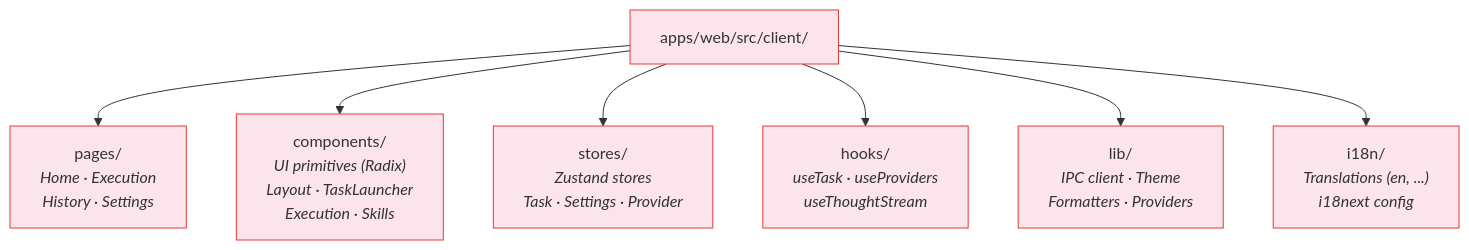
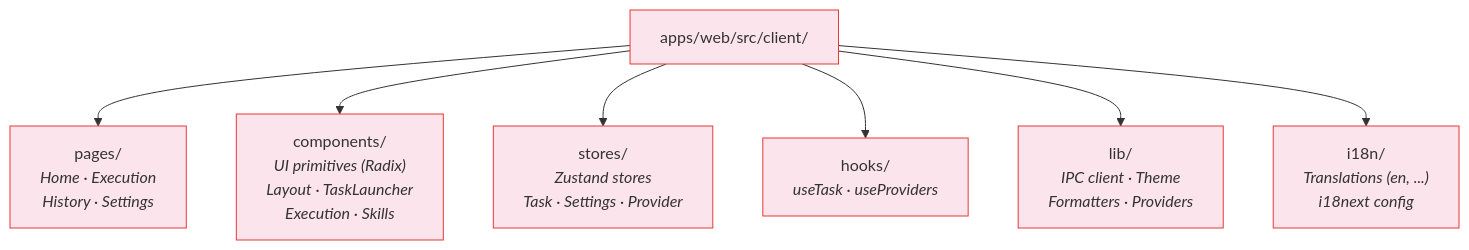
The sixth of 7 diagrams in docs/development-viewpoint.md (accomplish-ai/accomplish), drawn with Mermaid before and after one commit. The commit also changed other lines of this file and 36 other files, not shown here.

````diff
--- a/docs/development-viewpoint.md
+++ b/docs/development-viewpoint.md
@@ -212,14 +212,14 @@
 ```mermaid
 graph TD
   CLIENT["apps/web/src/client/"]
 
   CLIENT --> PAGES["pages/<br/><i>Home · Execution<br/>History · Settings</i>"]
   CLIENT --> COMPONENTS["components/<br/><i>UI primitives (Radix)<br/>Layout · TaskLauncher<br/>Execution · Skills</i>"]
   CLIENT --> STORES["stores/<br/><i>Zustand stores<br/>Task · Settings · Provider</i>"]
-  CLIENT --> HOOKS["hooks/<br/><i>useTask · useProviders<br/>useThoughtStream</i>"]
+  CLIENT --> HOOKS["hooks/<br/><i>useTask · useProviders</i>"]
   CLIENT --> LIB["lib/<br/><i>IPC client · Theme<br/>Formatters · Providers</i>"]
   CLIENT --> I18N_DIR["i18n/<br/><i>Translations (en, ...)<br/>i18next config</i>"]
 
   classDef dir fill:#fce4ec,stroke:#e53935
   class CLIENT,PAGES,COMPONENTS,STORES,HOOKS,LIB,I18N_DIR dir
 ```
````
